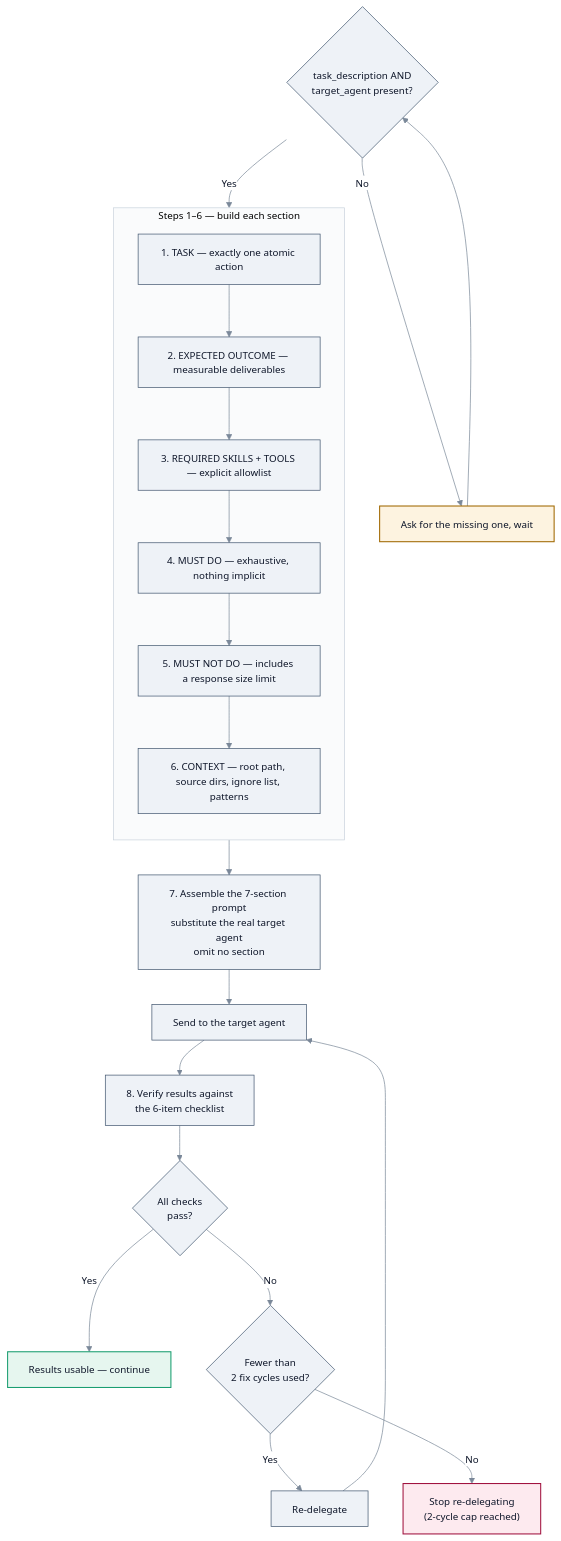
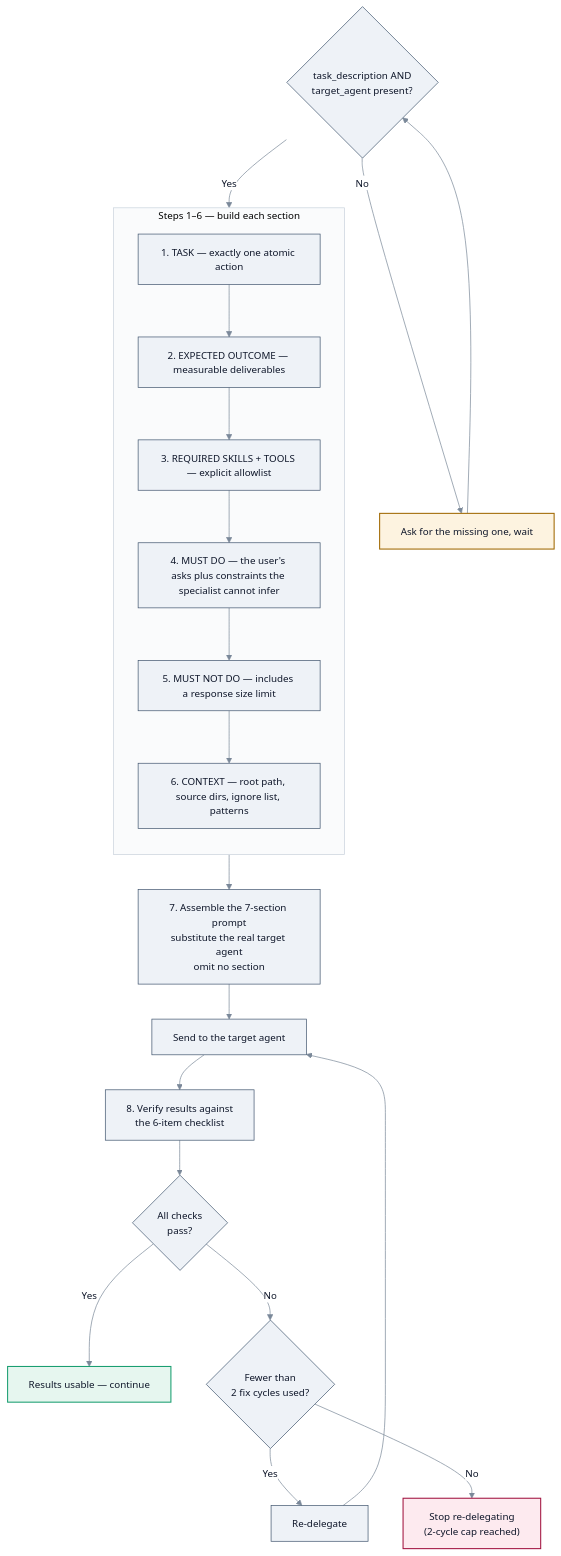
The fourth of 4 diagrams in docs/user-guide/sop-workflows/planning-and-analysis.md (aws-solutions/konductor), drawn with Mermaid before and after one commit. The commit also changed 9 other files, not shown here.

````diff
--- a/docs/user-guide/sop-workflows/planning-and-analysis.md
+++ b/docs/user-guide/sop-workflows/planning-and-analysis.md
@@ -347,37 +347,37 @@
 ```mermaid
 %%{init:{'theme':'base','themeVariables':{'fontSize':'14px','primaryColor':'#eef2f7','primaryTextColor':'#0f172a','primaryBorderColor':'#40556e','lineColor':'#7a8899','textColor':'#0f172a','edgeLabelBackground':'#ffffff','clusterBkg':'#fafbfc','clusterBorder':'#c9d2dc'}}}%%
 flowchart TD
     P{"task_description AND<br/>target_agent present?"} -->|No| Ask["Ask for the missing one, wait"]
     Ask --> P
     P -->|Yes| Build
 
     subgraph Build["Steps 1–6 — build each section"]
         direction TB
         S1["1. TASK — exactly one atomic action"]
         S2["2. EXPECTED OUTCOME — measurable deliverables"]
         S3["3. REQUIRED SKILLS + TOOLS — explicit allowlist"]
-        S4["4. MUST DO — exhaustive, nothing implicit"]
+        S4["4. MUST DO — the user's asks plus constraints the specialist cannot infer"]
         S5["5. MUST NOT DO — includes a response size limit"]
         S6["6. CONTEXT — root path, source dirs, ignore list, patterns"]
         S1 --> S2 --> S3 --> S4 --> S5 --> S6
     end
 
     Build --> S7["7. Assemble the 7-section prompt<br/>substitute the real target agent<br/>omit no section"]
     S7 --> Send["Send to the target agent"]
     Send --> S8["8. Verify results against<br/>the 6-item checklist"]
 
     S8 --> G{"All checks<br/>pass?"}
     G -->|Yes| Done["Results usable — continue"]
     G -->|No| Retry{"Fewer than<br/>2 fix cycles used?"}
     Retry -->|Yes| Re["Re-delegate"]
     Re --> Send
     Retry -->|No| Give["Stop re-delegating<br/>(2-cycle cap reached)"]
 
     class Ask gate
     class Done good
     class Give stop
 
     classDef gate fill:#fdf3e0,stroke:#a06800,stroke-width:1.5px,color:#0f172a;
     classDef good fill:#e6f6ef,stroke:#199e70,stroke-width:1.5px,color:#0f172a;
     classDef stop fill:#fdeaef,stroke:#a1123f,stroke-width:1.5px,color:#0f172a;
 ```
````
